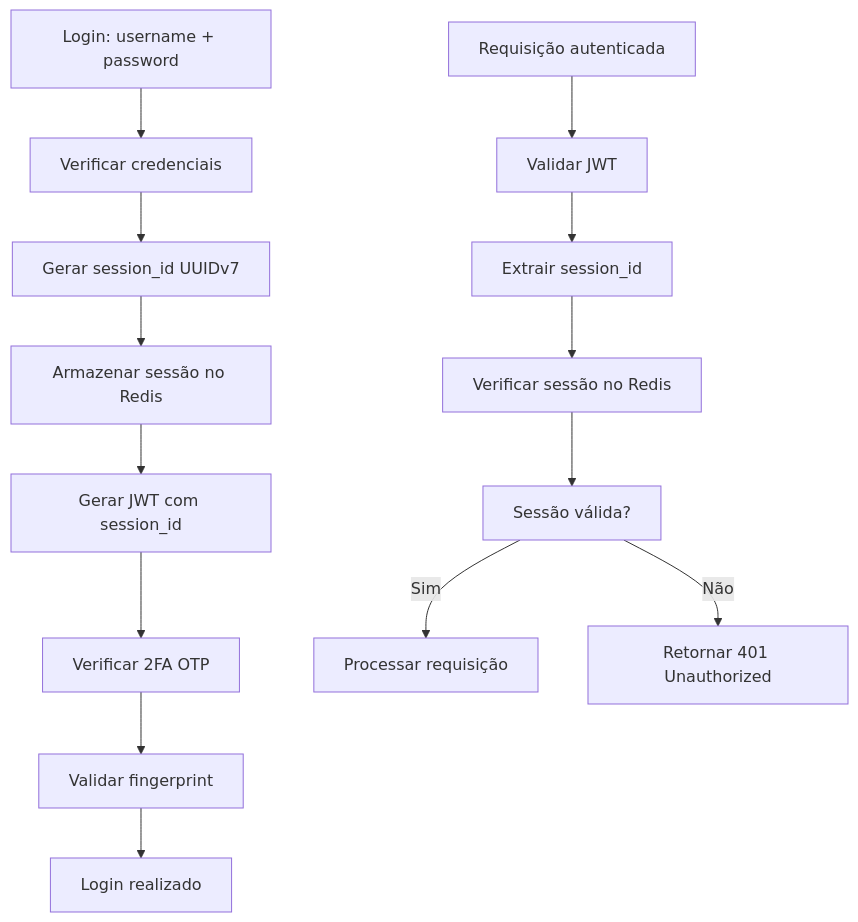
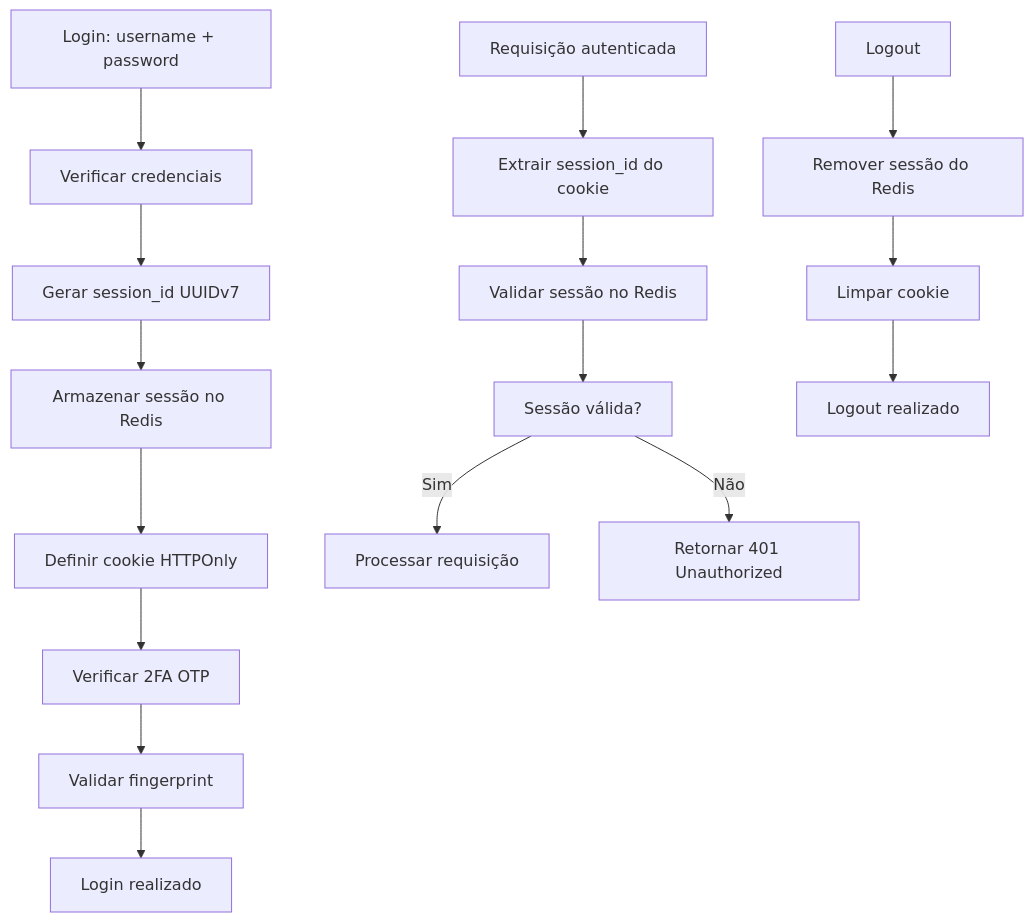
The diagram in README.md (Isaac-Foster/bp-fast), drawn with Mermaid before and after one commit. The commit also changed other lines of this file, not shown here.

````diff
--- a/README.md
+++ b/README.md
@@ -121,17 +121,20 @@
 ```mermaid
 graph TD
     A[Login: username + password] --> B[Verificar credenciais]
     B --> C[Gerar session_id UUIDv7]
     C --> D[Armazenar sessão no Redis]
-    D --> E[Gerar JWT com session_id]
+    D --> E[Definir cookie HTTPOnly]
     E --> F[Verificar 2FA OTP]
     F --> G[Validar fingerprint]
     G --> H[Login realizado]
     
-    I[Requisição autenticada] --> J[Validar JWT]
-    J --> K[Extrair session_id]
-    K --> L[Verificar sessão no Redis]
-    L --> M[Sessão válida?]
-    M -->|Sim| N[Processar requisição]
-    M -->|Não| O[Retornar 401 Unauthorized]
+    I[Requisição autenticada] --> J[Extrair session_id do cookie]
+    J --> K[Validar sessão no Redis]
+    K --> L[Sessão válida?]
+    L -->|Sim| M[Processar requisição]
+    L -->|Não| N[Retornar 401 Unauthorized]
+    
+    O[Logout] --> P[Remover sessão do Redis]
+    P --> Q[Limpar cookie]
+    Q --> R[Logout realizado]
 ```
````
